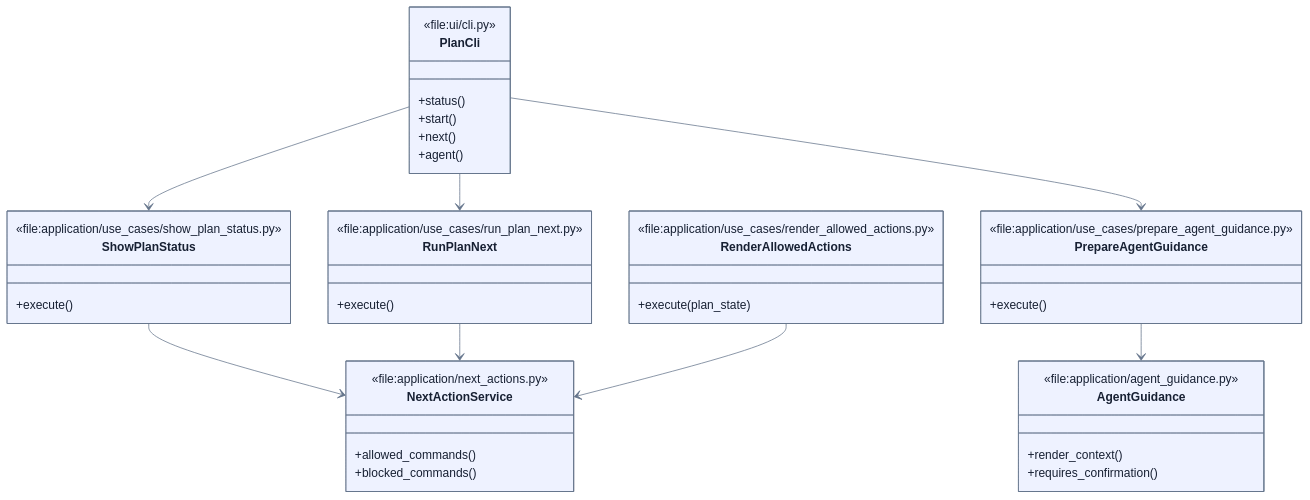
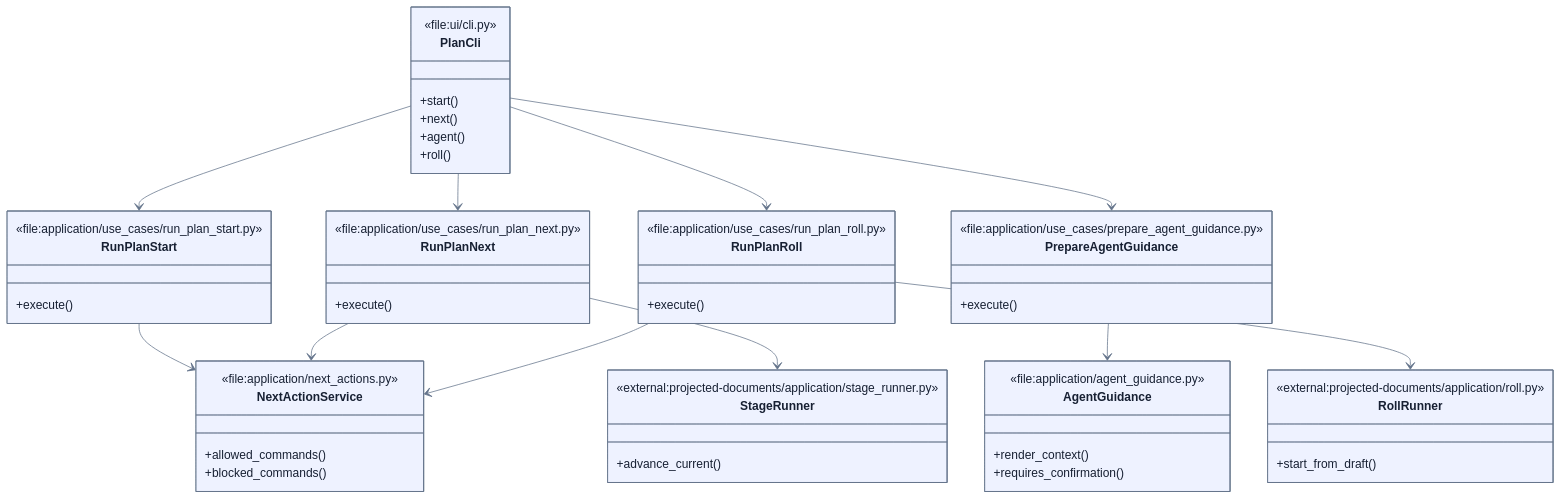
One commit to 9orky/enclosure changed the second of 3 diagrams in .enclosure/plans/planning-workflow/epics/guided-cli-agent-guardrails/SCHEMAS.md. Above: the diagram before and after it, drawn with Mermaid. The commit also changed other lines of this file and 23 other files, not shown here.

````diff
--- a/.enclosure/plans/planning-workflow/epics/guided-cli-agent-guardrails/SCHEMAS.md
+++ b/.enclosure/plans/planning-workflow/epics/guided-cli-agent-guardrails/SCHEMAS.md
@@ -92,52 +101,65 @@
 ```mermaid
 %% contract: symbols
 %%{init: {"theme": "base", "themeVariables": {"primaryColor": "#eef2ff", "primaryTextColor": "#172033", "primaryBorderColor": "#64748b", "lineColor": "#64748b"}}}%%
 classDiagram
-    class ShowPlanStatus {
-      <<file:application/use_cases/show_plan_status.py>>
+    class RunPlanStart {
+      <<file:application/use_cases/run_plan_start.py>>
       +execute()
     }
 
     class RunPlanNext {
       <<file:application/use_cases/run_plan_next.py>>
       +execute()
     }
 
     class PrepareAgentGuidance {
       <<file:application/use_cases/prepare_agent_guidance.py>>
       +execute()
     }
 
-    class RenderAllowedActions {
-      <<file:application/use_cases/render_allowed_actions.py>>
-      +execute(plan_state)
+    class RunPlanRoll {
+      <<file:application/use_cases/run_plan_roll.py>>
+      +execute()
     }
 
     class PlanCli {
       <<file:ui/cli.py>>
-      +status()
       +start()
       +next()
       +agent()
+      +roll()
     }
 
     class NextActionService {
       <<file:application/next_actions.py>>
       +allowed_commands()
       +blocked_commands()
     }
 
     class AgentGuidance {
       <<file:application/agent_guidance.py>>
       +render_context()
       +requires_confirmation()
     }
 
-    PlanCli --> ShowPlanStatus
+    class StageRunner {
+      <<external:projected-documents/application/stage_runner.py>>
+      +advance_current()
+    }
+
+    class RollRunner {
+      <<external:projected-documents/application/roll.py>>
+      +start_from_draft()
+    }
+
+    PlanCli --> RunPlanStart
     PlanCli --> RunPlanNext
     PlanCli --> PrepareAgentGuidance
-    ShowPlanStatus --> NextActionService
+    PlanCli --> RunPlanRoll
+    RunPlanStart --> NextActionService
     RunPlanNext --> NextActionService
+    RunPlanNext --> StageRunner
     PrepareAgentGuidance --> AgentGuidance
-    RenderAllowedActions --> NextActionService
+    RunPlanRoll --> RollRunner
+    RunPlanRoll --> NextActionService
 ```
````
